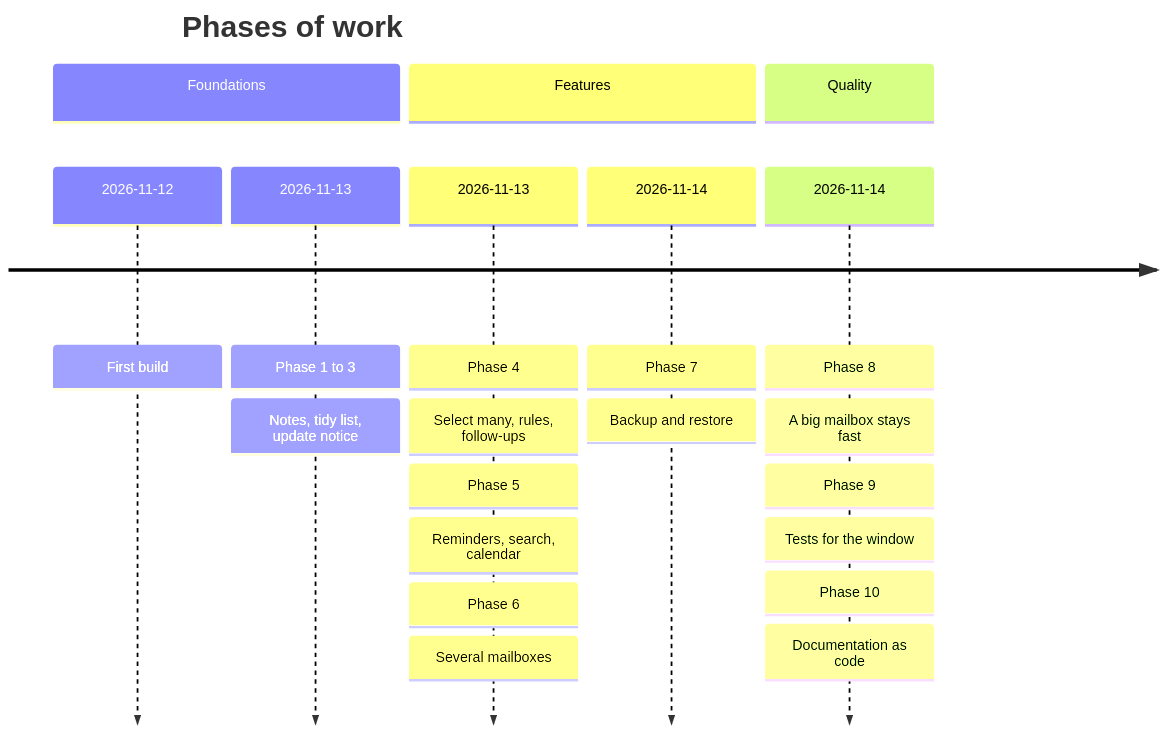
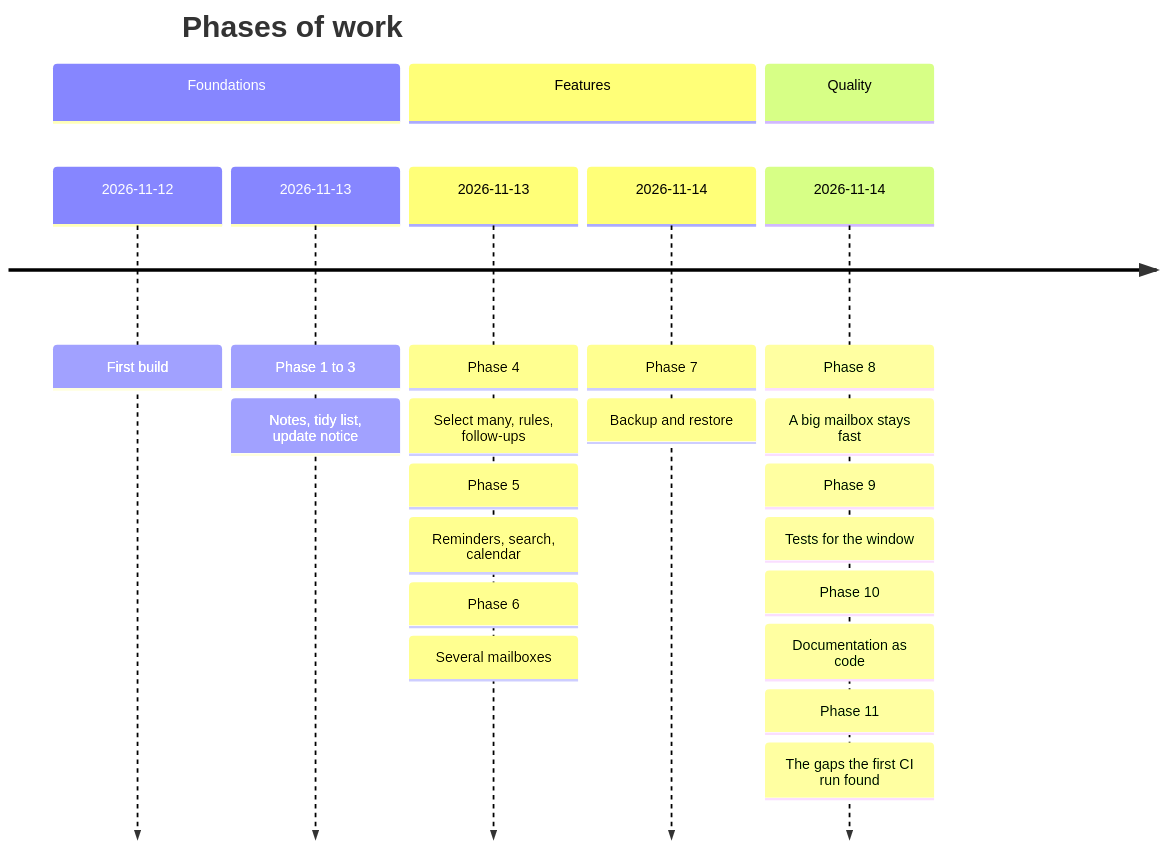
Before and after one commit to SarangVehale/email-todolist: the diagram in docs/designs/README.md, drawn with Mermaid. The commit also changed other lines of this file and 37 other files, not shown here.

First line of the commit message:
Phase 11: close the gaps the documentation and the first CI run found

````diff
--- a/docs/designs/README.md
+++ b/docs/designs/README.md
@@ -9,16 +9,17 @@
 ```mermaid
 timeline
     title Phases of work
     section Foundations
         2026-11-12 : First build
         2026-11-13 : Phase 1 to 3 : Notes, tidy list, update notice
     section Features
         2026-11-13 : Phase 4 : Select many, rules, follow-ups
                    : Phase 5 : Reminders, search, calendar
                    : Phase 6 : Several mailboxes
         2026-11-14 : Phase 7 : Backup and restore
     section Quality
         2026-11-14 : Phase 8 : A big mailbox stays fast
                    : Phase 9 : Tests for the window
                    : Phase 10 : Documentation as code
+                   : Phase 11 : The gaps the first CI run found
 ```
````
